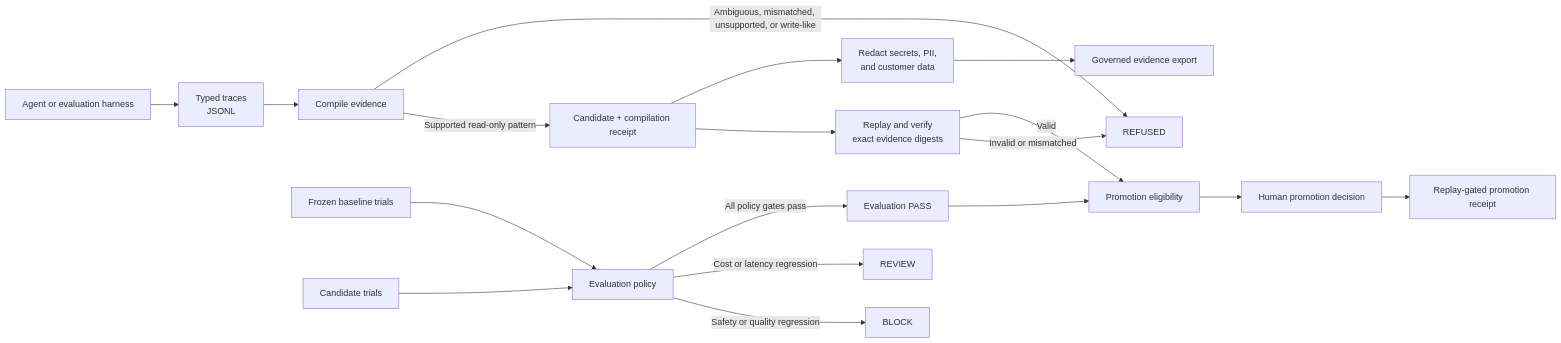
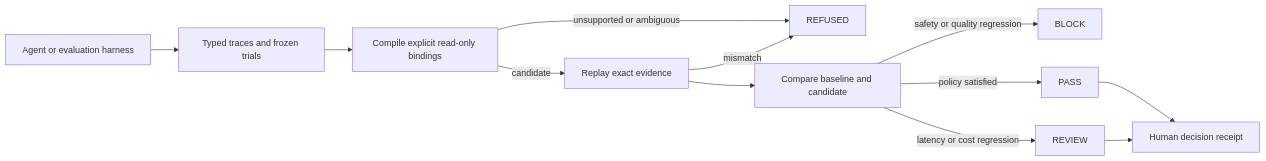
One commit to kingggg5/awe-tracegate changed the first of 2 diagrams in README.md. Above: the diagram before and after it, drawn with Mermaid. The commit also changed other lines of this file and 47 other files, not shown here.

````diff
--- a/README.md
+++ b/README.md
@@ -50,24 +79,14 @@
 ```mermaid
 flowchart LR
-    H["Agent or evaluation harness"] --> T["Typed traces<br/>JSONL"]
-    T --> C["Compile evidence"]
-    C -->|"Supported read-only pattern"| R["Candidate + compilation receipt"]
-    C -->|"Ambiguous, mismatched, unsupported, or write-like"| F["REFUSED"]
-
-    R --> V["Replay and verify<br/>exact evidence digests"]
-    V -->|"Invalid or mismatched"| F
-
-    B["Frozen baseline trials"] --> E["Evaluation policy"]
-    N["Candidate trials"] --> E
-    E -->|"Safety or quality regression"| X["BLOCK"]
-    E -->|"Cost or latency regression"| Q["REVIEW"]
-    E -->|"All policy gates pass"| P["Evaluation PASS"]
-
-    V -->|"Valid"| K["Promotion eligibility"]
-    P --> K
-    K --> M["Human promotion decision"]
-    M --> A["Replay-gated promotion receipt"]
-
-    R --> D["Redact secrets, PII,<br/>and customer data"]
-    D --> G["Governed evidence export"]
+    H["Agent or evaluation harness"] --> T["Typed traces and frozen trials"]
+    T --> C["Compile explicit read-only bindings"]
+    C -->|"unsupported or ambiguous"| R["REFUSED"]
+    C -->|"candidate"| V["Replay exact evidence"]
+    V -->|"mismatch"| R
+    V --> E["Compare baseline and candidate"]
+    E -->|"safety or quality regression"| B["BLOCK"]
+    E -->|"latency or cost regression"| Q["REVIEW"]
+    E -->|"policy satisfied"| P["PASS"]
+    P --> M["Human decision receipt"]
+    Q --> M
 ```
````
